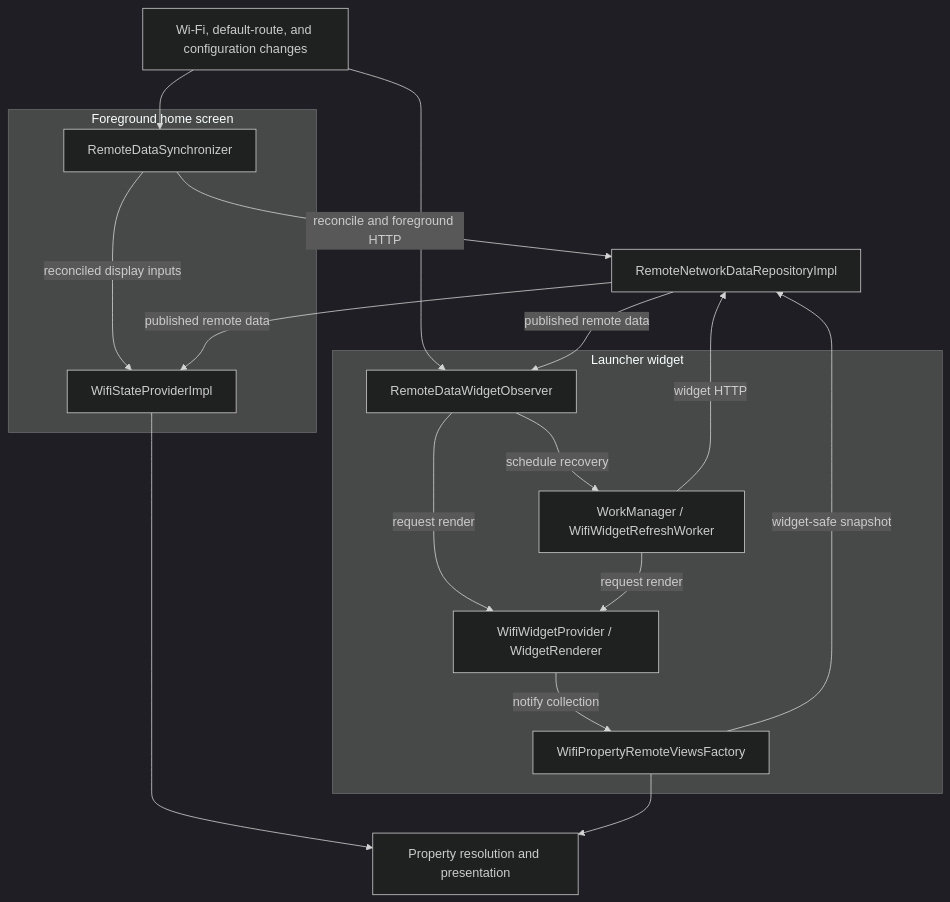
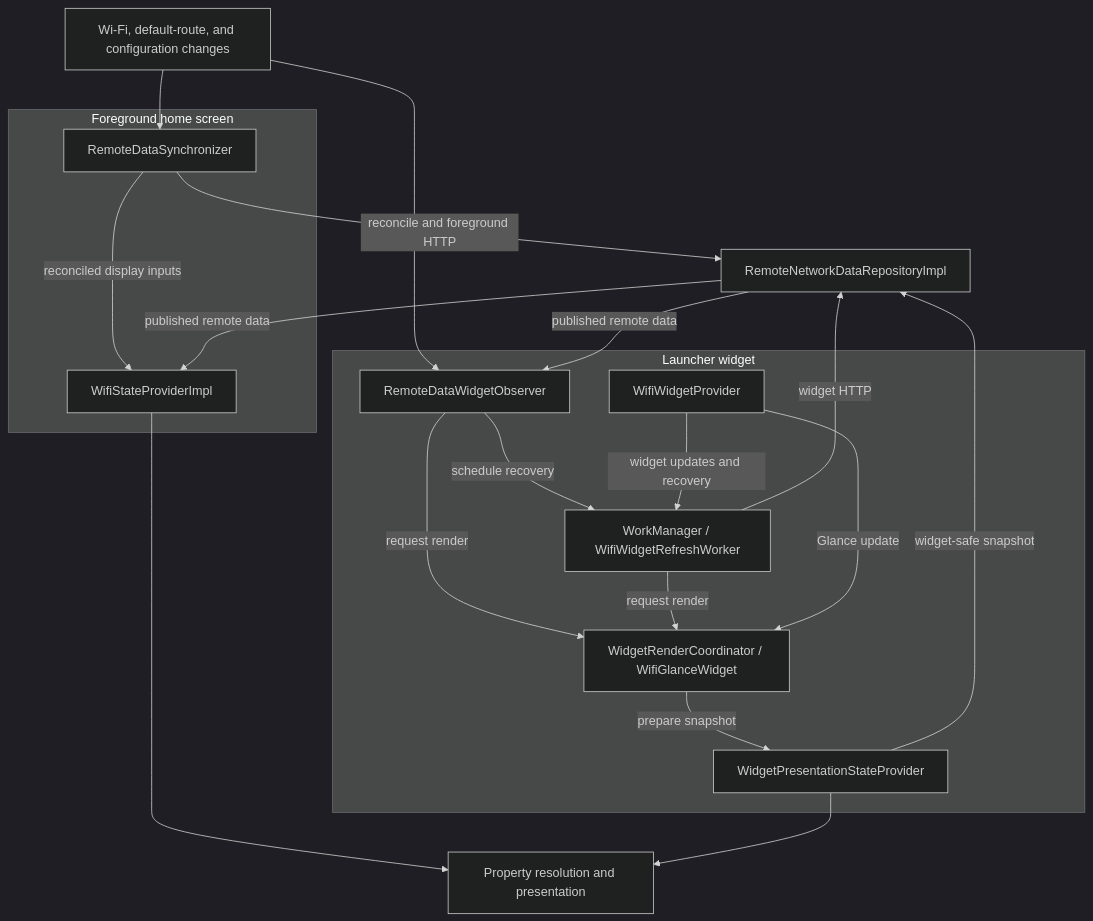
One commit to w2sv/WiFi-Widget changed the diagram in docs/property-refresh-and-synchronization.md. Above: the diagram before and after it, drawn with Mermaid (dark theme). The commit also changed other lines of this file and 142 other files, not shown here.

First line of the commit message:
refactor(widget): migrate widget rendering to Jetpack Glance

````diff
--- a/docs/property-refresh-and-synchronization.md
+++ b/docs/property-refresh-and-synchronization.md
@@ -29,34 +29,37 @@
 ```mermaid
 flowchart TB
     Events[Wi-Fi, default-route, and configuration changes]
 
     subgraph Foreground[Foreground home screen]
         Sync[RemoteDataSynchronizer]
         Home[WifiStateProviderImpl]
     end
 
     subgraph Widget[Launcher widget]
         Observer[RemoteDataWidgetObserver]
         Work[WorkManager / WifiWidgetRefreshWorker]
-        Render[WifiWidgetProvider / WidgetRenderer]
-        Factory[WifiPropertyRemoteViewsFactory]
+        Provider[WifiWidgetProvider]
+        Render[WidgetRenderCoordinator / WifiGlanceWidget]
+        State[WidgetPresentationStateProvider]
     end
 
     Repo[RemoteNetworkDataRepositoryImpl]
     Properties[Property resolution and presentation]
 
     Events --> Sync
     Events --> Observer
     Sync -->|reconcile and foreground HTTP| Repo
     Sync -->|reconciled display inputs| Home
     Repo -->|published remote data| Home
     Repo -->|published remote data| Observer
     Observer -->|schedule recovery| Work
     Observer -->|request render| Render
     Work -->|widget HTTP| Repo
     Work -->|request render| Render
-    Render -->|notify collection| Factory
-    Factory -->|widget-safe snapshot| Repo
+    Provider -->|widget updates and recovery| Work
+    Provider -->|Glance update| Render
+    Render -->|prepare snapshot| State
+    State -->|widget-safe snapshot| Repo
     Home --> Properties
-    Factory --> Properties
+    State --> Properties
 ```
````
